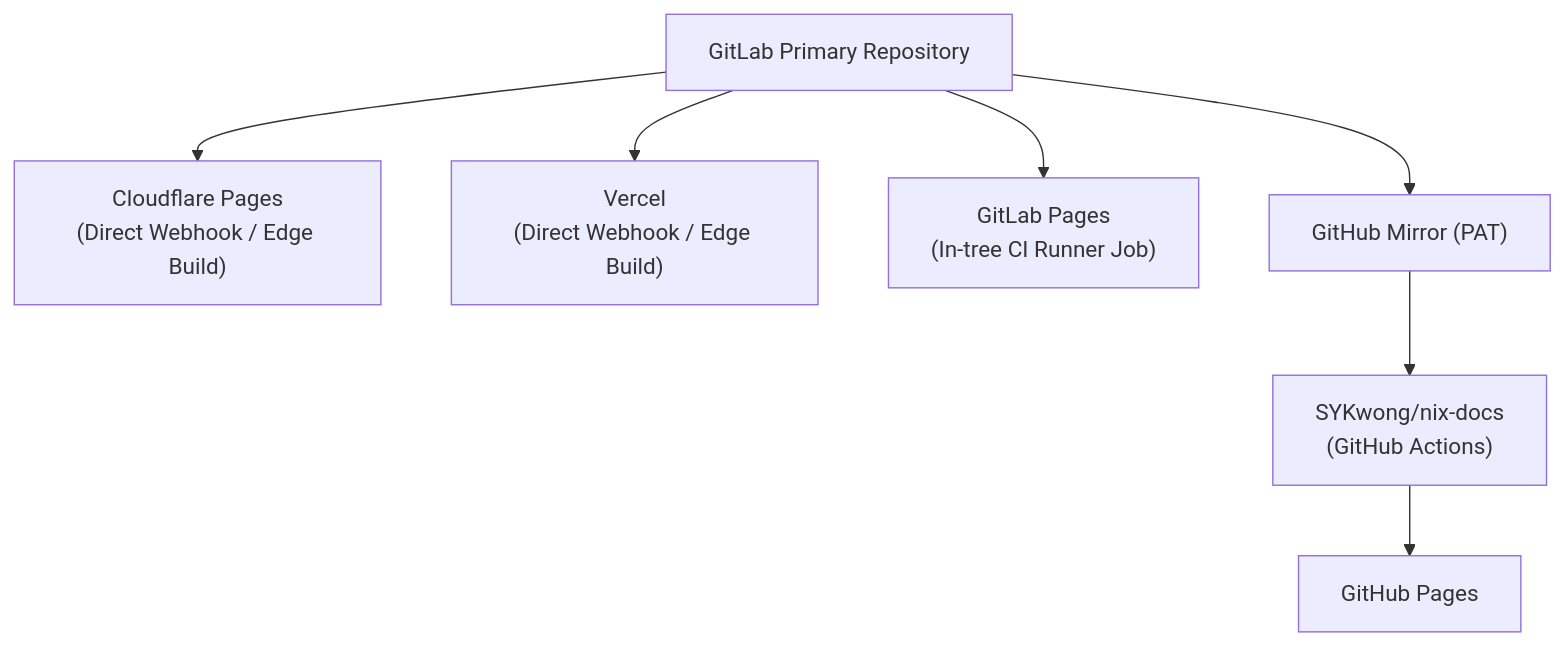
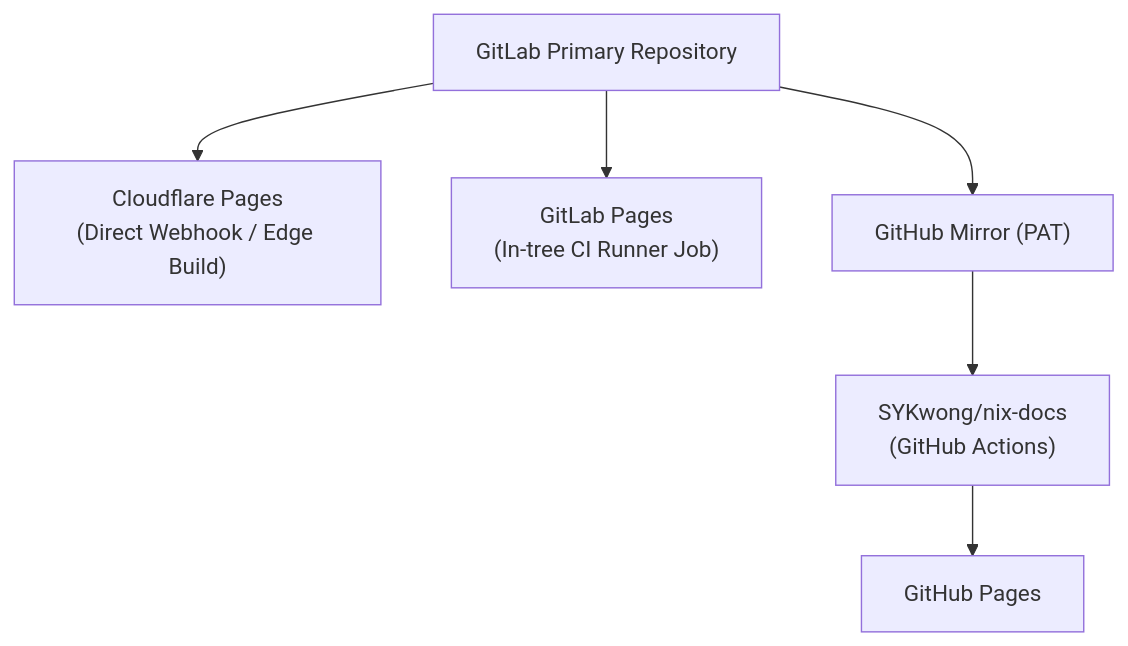
Before and after one commit to SYKwong/nix-docs: the second of 2 diagrams in src/content/docs/nix-config/split-ci.md, drawn with Mermaid. The commit also changed other lines of this file and 1 other file, not shown here.

````diff
--- a/src/content/docs/nix-config/split-ci.md
+++ b/src/content/docs/nix-config/split-ci.md
@@ -174,7 +174,6 @@
 ```mermaid
 flowchart TD
     gitlab["GitLab Primary Repository"] --> cf["Cloudflare Pages<br/>(Direct Webhook / Edge Build)"]
-    gitlab --> vercel["Vercel<br/>(Direct Webhook / Edge Build)"]
     gitlab --> pages["GitLab Pages<br/>(In-tree CI Runner Job)"]
     gitlab --> gh_mirror["GitHub Mirror (PAT)"] --> gha["SYKwong/nix-docs<br/>(GitHub Actions)"] --> gh_pages["GitHub Pages"]
 ```
````
